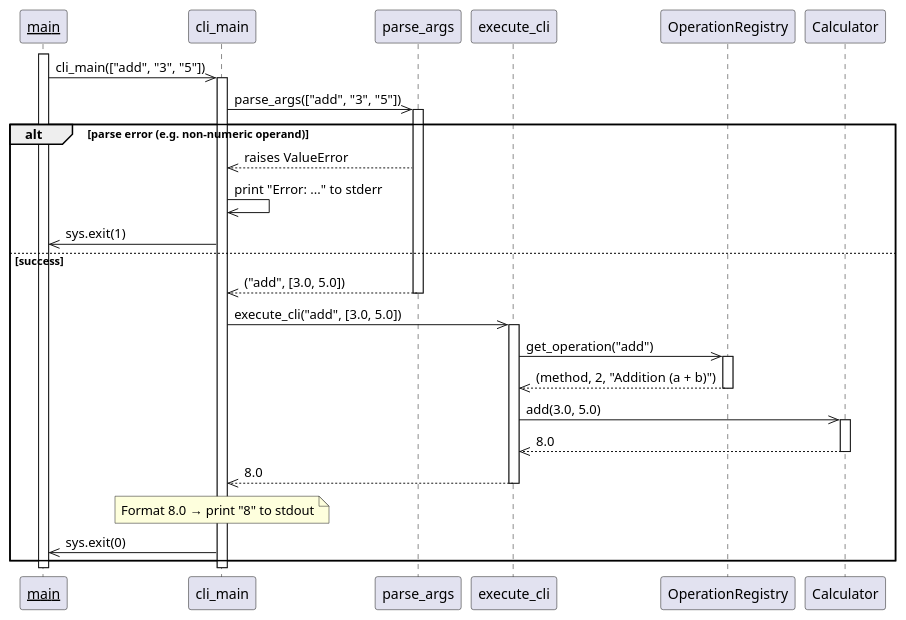
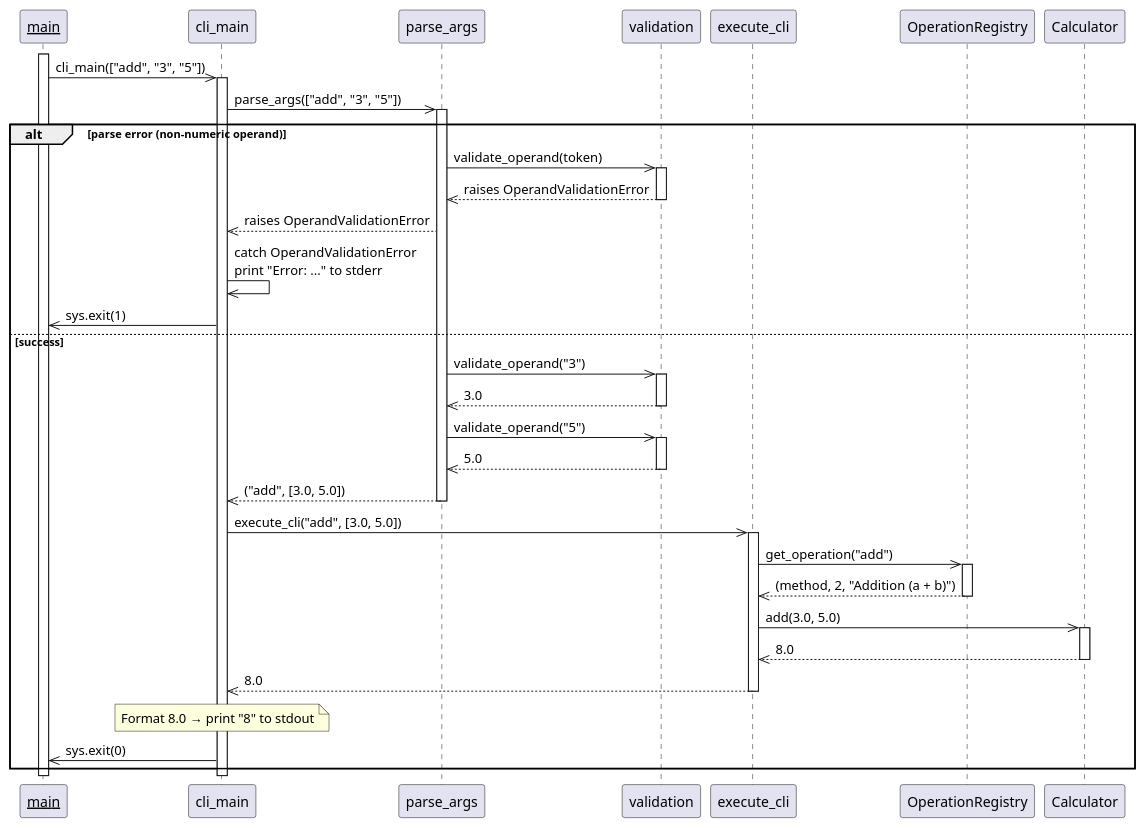
The diagram in artifacts/sequence_diagram_cli_execution.puml (DanielRiha8906/Calculator_bachelor_autoevolution_team), drawn with PlantUML before and after one commit. The commit also changed 3 other files, not shown here.

Commit message:
docs: update diagrams for input validation and retry logic (#255)

```diff
--- a/artifacts/sequence_diagram_cli_execution.puml
+++ b/artifacts/sequence_diagram_cli_execution.puml
@@ -1,49 +1,64 @@
 @startuml sequence_diagram_cli_execution
 
 participant "__main__" as main
 participant "cli_main" as cli_main
 participant "parse_args" as parse_args
+participant "validation" as validation
 participant "execute_cli" as execute_cli
 participant "OperationRegistry" as registry
 participant "Calculator" as calc
 
 activate main
 
 main ->> cli_main : cli_main(["add", "3", "5"])
 activate cli_main
 
 cli_main ->> parse_args : parse_args(["add", "3", "5"])
 activate parse_args
 
-alt parse error (e.g. non-numeric operand)
-    parse_args -->> cli_main : raises ValueError
-    cli_main ->> cli_main : print "Error: ..." to stderr
+alt parse error (non-numeric operand)
+    parse_args ->> validation : validate_operand(token)
+    activate validation
+    validation -->> parse_args : raises OperandValidationError
+    deactivate validation
+    parse_args -->> cli_main : raises OperandValidationError
+    cli_main ->> cli_main : catch OperandValidationError\nprint "Error: ..." to stderr
     cli_main ->> main : sys.exit(1)
 else success
+    parse_args ->> validation : validate_operand("3")
+    activate validation
+    validation -->> parse_args : 3.0
+    deactivate validation
+
+    parse_args ->> validation : validate_operand("5")
+    activate validation
+    validation -->> parse_args : 5.0
+    deactivate validation
+
     parse_args -->> cli_main : ("add", [3.0, 5.0])
     deactivate parse_args
 
     cli_main ->> execute_cli : execute_cli("add", [3.0, 5.0])
     activate execute_cli
 
     execute_cli ->> registry : get_operation("add")
     activate registry
     registry -->> execute_cli : (method, 2, "Addition (a + b)")
     deactivate registry
 
     execute_cli ->> calc : add(3.0, 5.0)
     activate calc
     calc -->> execute_cli : 8.0
     deactivate calc
 
     execute_cli -->> cli_main : 8.0
     deactivate execute_cli
 
     note over cli_main : Format 8.0 → print "8" to stdout
     cli_main ->> main : sys.exit(0)
 end
 
 deactivate cli_main
 deactivate main
 
 @enduml
```
